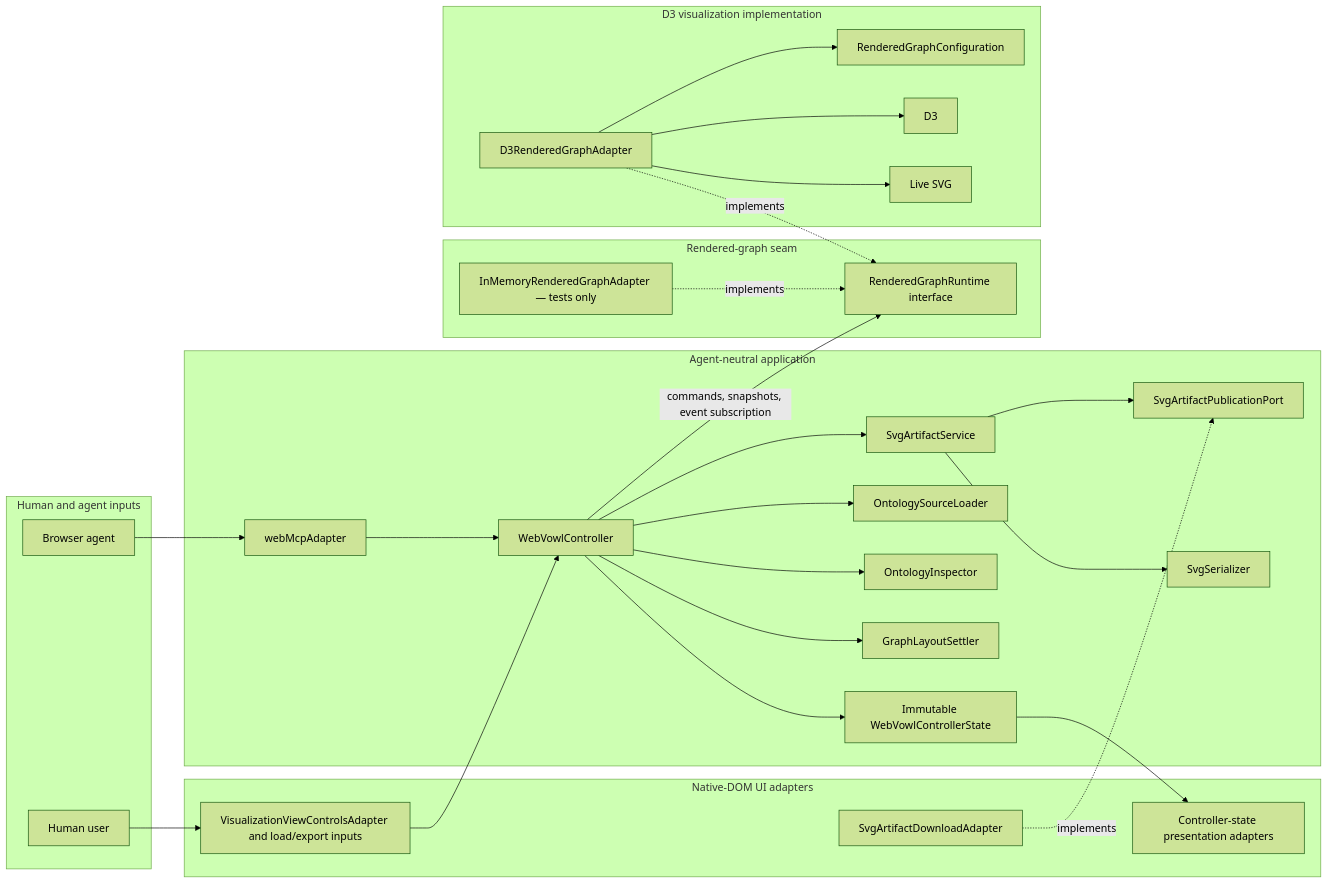
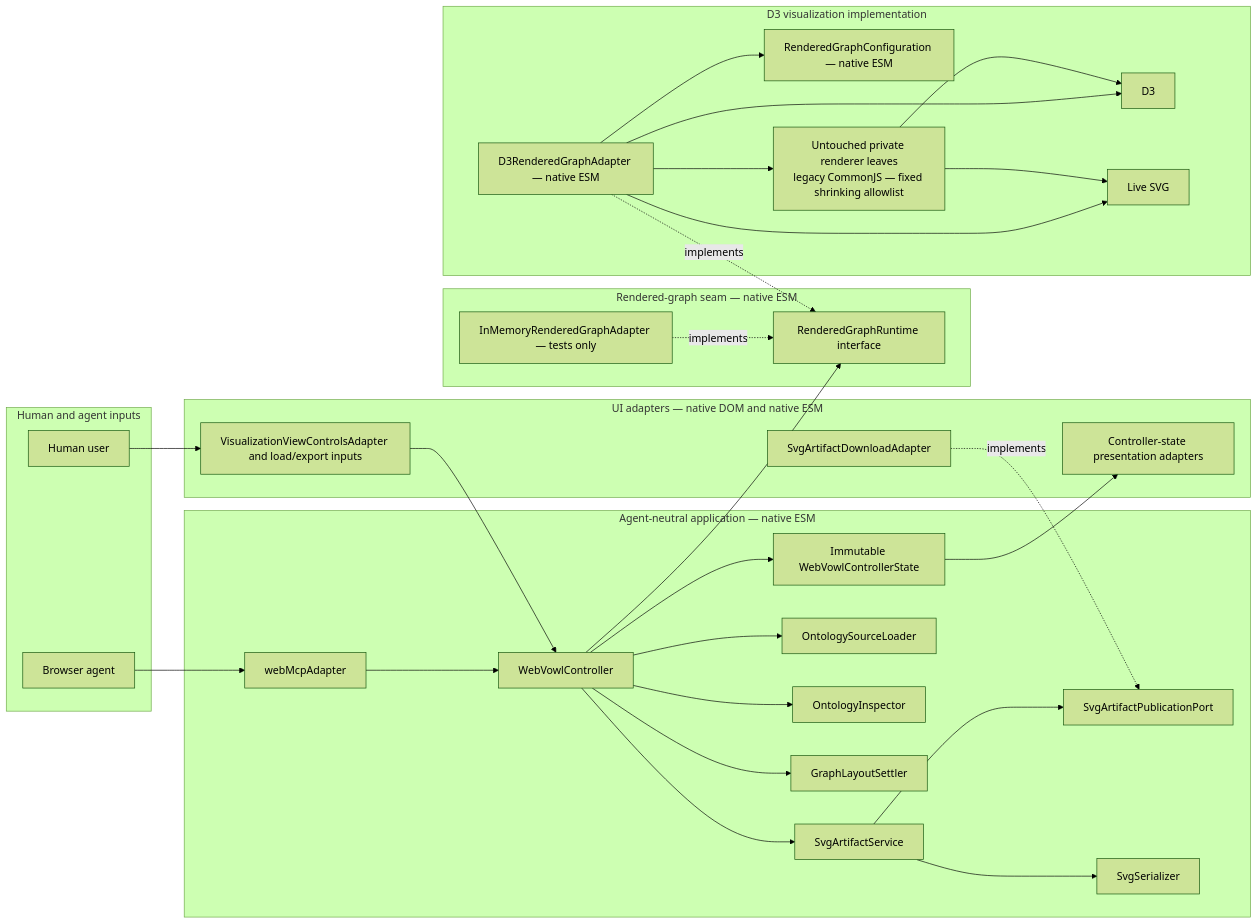
Before and after one commit to Hadden-Industries/webvowl: the diagram in docs/plans/2026-08-29-webmcp-integration.md, drawn with Mermaid (forest theme). The commit also changed other lines of this file and 1 other file, not shown here.

````diff
--- a/docs/plans/2026-08-29-webmcp-integration.md
+++ b/docs/plans/2026-08-29-webmcp-integration.md
@@ -43,57 +48,61 @@
 ```mermaid
 flowchart LR
     subgraph Inputs[Human and agent inputs]
         Human[Human user]
         BrowserAgent[Browser agent]
     end
 
-    subgraph Ui[Native-DOM UI adapters]
+    subgraph Ui[UI adapters — native DOM and native ESM]
         UiInput[VisualizationViewControlsAdapter and load/export inputs]
         UiPresentation[Controller-state presentation adapters]
         SvgDownload[SvgArtifactDownloadAdapter]
     end
 
-    subgraph App[Agent-neutral application]
+    subgraph App[Agent-neutral application — native ESM]
         WebMcp[webMcpAdapter]
         Controller[WebVowlController]
         State[Immutable WebVowlControllerState]
         Loader[OntologySourceLoader]
         Inspector[OntologyInspector]
         Settler[GraphLayoutSettler]
         Artifact[SvgArtifactService]
         ArtifactPublication[SvgArtifactPublicationPort]
         Serializer[SvgSerializer]
     end
 
-    subgraph Seam[Rendered-graph seam]
+    subgraph Seam[Rendered-graph seam — native ESM]
         Runtime[RenderedGraphRuntime interface]
         InMemory[InMemoryRenderedGraphAdapter — tests only]
     end
 
     subgraph D3Implementation[D3 visualization implementation]
-        D3Adapter[D3RenderedGraphAdapter]
-        Configuration[RenderedGraphConfiguration]
+        D3Adapter[D3RenderedGraphAdapter — native ESM]
+        Configuration[RenderedGraphConfiguration — native ESM]
+        LegacyCjs[Untouched private renderer leaves<br/>legacy CommonJS — fixed shrinking allowlist]
         D3[D3]
         LiveSvg[Live SVG]
     end
 
     Human --> UiInput
     BrowserAgent --> WebMcp
     UiInput --> Controller
     WebMcp --> Controller
     Controller --> Loader
     Controller --> Inspector
     Controller --> Settler
     Controller --> Artifact
     Artifact --> Serializer
     Artifact --> ArtifactPublication
-    Controller -->|commands, snapshots, event subscription| Runtime
+    Controller --> Runtime
     Controller --> State
     State --> UiPresentation
     D3Adapter -.->|implements| Runtime
     InMemory -.->|implements| Runtime
     SvgDownload -.->|implements| ArtifactPublication
     D3Adapter --> Configuration
+    D3Adapter --> LegacyCjs
     D3Adapter --> D3
     D3Adapter --> LiveSvg
+    LegacyCjs --> D3
+    LegacyCjs --> LiveSvg
 ```
````
